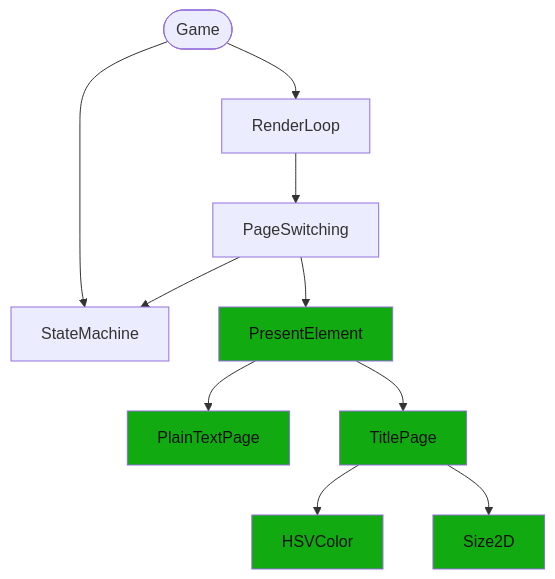
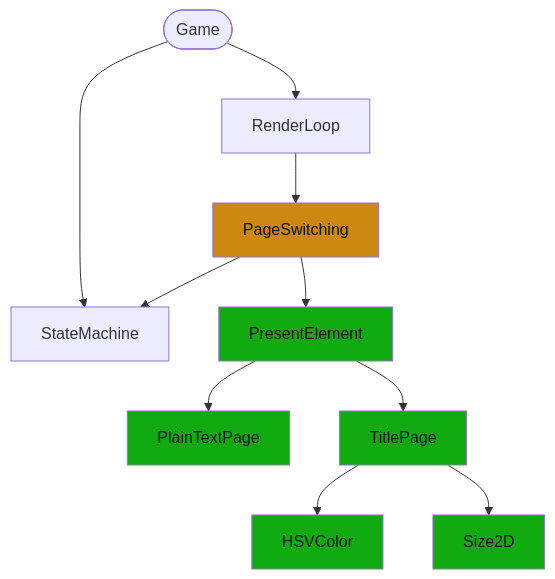
The diagram in ROADMAP.md (rduckengineer/danteo), drawn with Mermaid before and after one commit. The commit also changed 9 other files, not shown here.

````diff
--- a/ROADMAP.md
+++ b/ROADMAP.md
@@ -1,22 +1,22 @@
 ```mermaid
 graph
   classDef done fill:#1A1,color:#111;
   classDef inprogress fill:#C81,color:#111;
 
   game([Game]) --> StateMachine
   game --> RenderLoop
 
   RenderLoop --> PageSwitching
 
   PageSwitching --> PresentElement
   PageSwitching --> StateMachine
   
   PresentElement --> PlainTextPage
   PresentElement --> TitlePage
 
   TitlePage --> HSVColor
   TitlePage --> Size2D
 
-  class , inprogress;
+  class PageSwitching, inprogress;
   class PlainTextPage,TitlePage,PresentElement,HSVColor,Size2D done;
 ```
````
